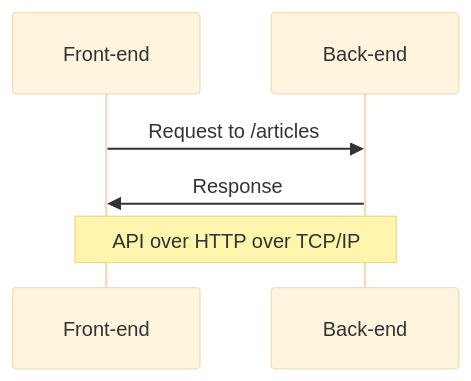
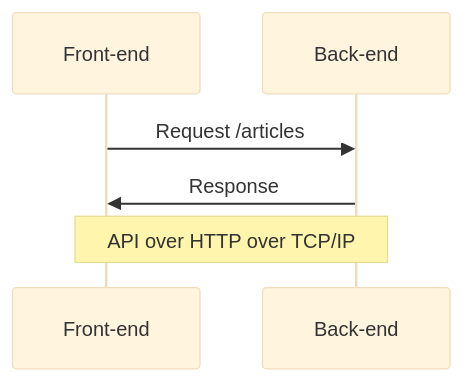
One commit to open-tutorials/cypress changed the third of 3 diagrams in tutorials/test_api.md. Above: the diagram before and after it, drawn with Mermaid (base theme). The commit also changed other lines of this file and 3 other files, not shown here.

````diff
--- a/tutorials/test_api.md
+++ b/tutorials/test_api.md
@@ -102,6 +110,6 @@
 ```mermaid
 sequenceDiagram
-    Front-end ->> Back-end: Request to /articles
+    Front-end ->> Back-end: Request /articles
     Back-end ->> Front-end: Response
     Note over Front-end, Back-end: API over HTTP over TCP/IP
 ```
````
